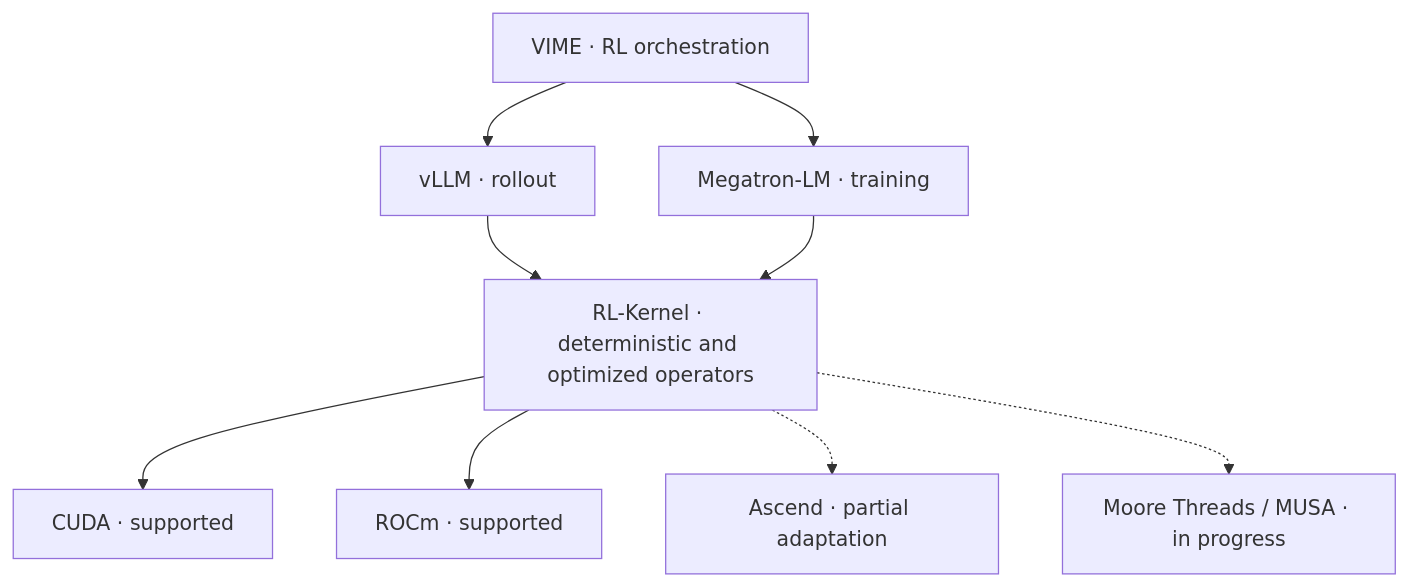
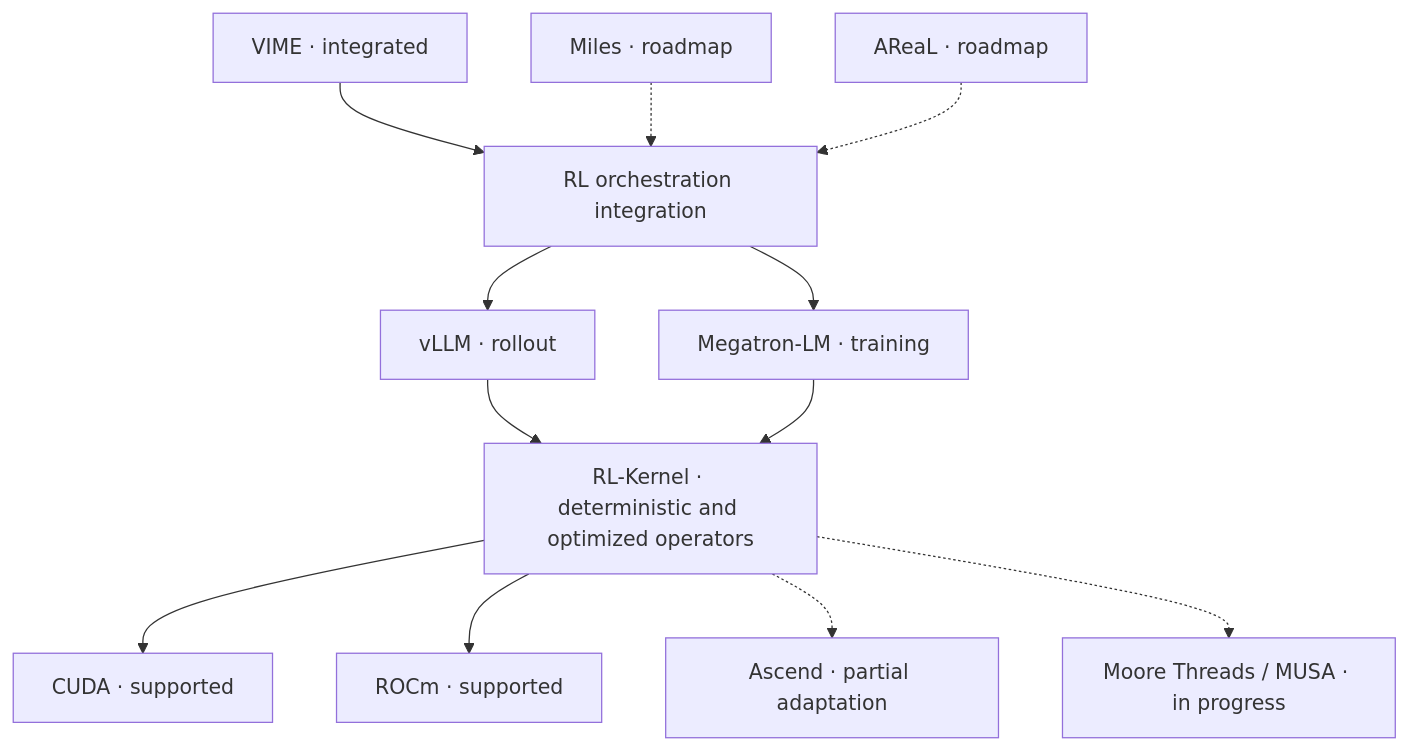
One commit to Flink-ddd/Kernel-Align changed the diagram in README.md. Above: the diagram before and after it, drawn with Mermaid. The commit also changed other lines of this file, not shown here.

Commit message:
docs(readme): clarify current scope and roadmap

````diff
--- a/README.md
+++ b/README.md
@@ -143,11 +132,14 @@
 ```mermaid
 flowchart TB
-    VIME["VIME · RL orchestration"] --> VLLM["vLLM · rollout"]
-    VIME --> MEGATRON["Megatron-LM · training"]
+    VIME["VIME · integrated"] --> ORCH["RL orchestration integration"]
+    MILES["Miles · roadmap"] -.-> ORCH
+    AREAL["AReaL · roadmap"] -.-> ORCH
+    ORCH --> VLLM["vLLM · rollout"]
+    ORCH --> MEGATRON["Megatron-LM · training"]
     VLLM --> RLK["RL-Kernel · deterministic and optimized operators"]
     MEGATRON --> RLK
     RLK --> CUDA["CUDA · supported"]
     RLK --> ROCM["ROCm · supported"]
     RLK -.-> ASCEND["Ascend · partial adaptation"]
     RLK -.-> MUSA["Moore Threads / MUSA · in progress"]
 ```
````
